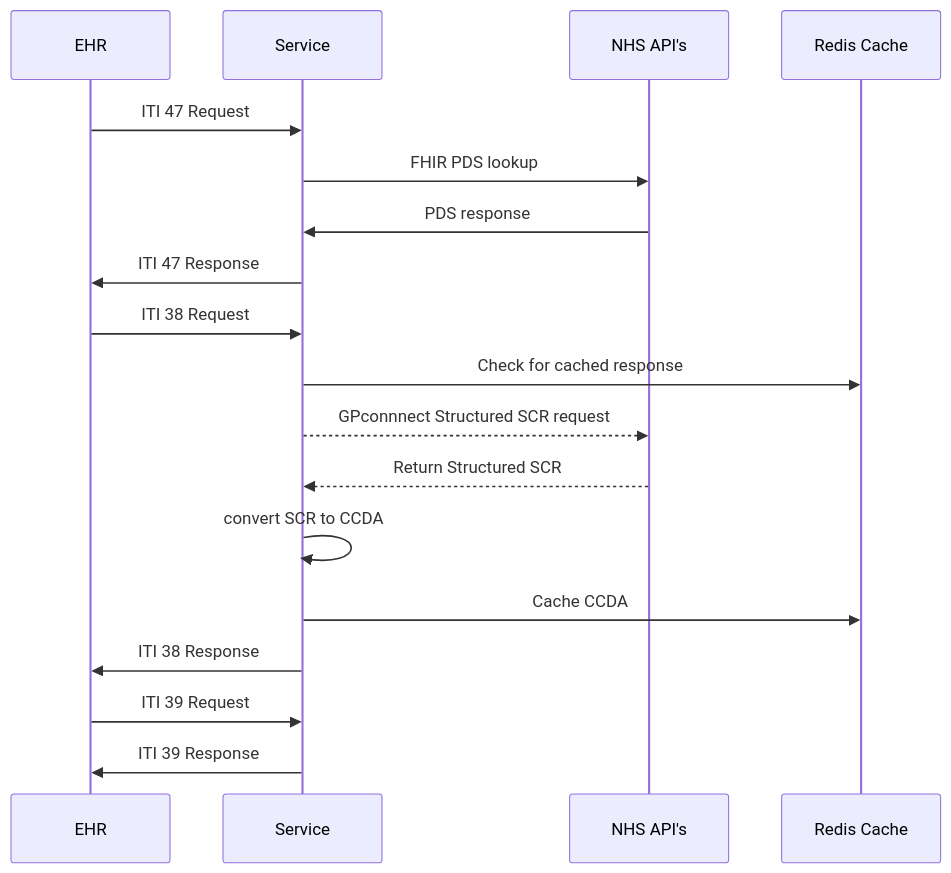
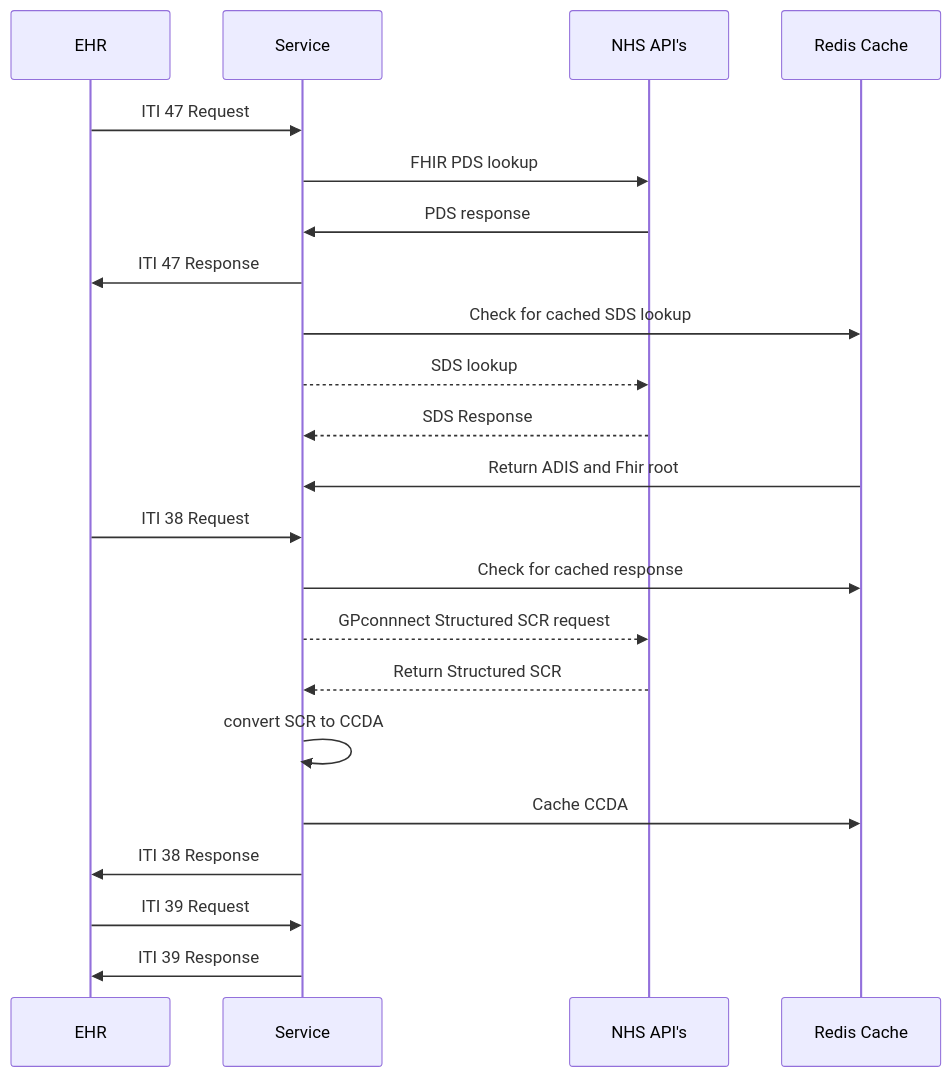
One commit to JMathiszig-Lee/GPconnect changed the first of 2 diagrams in README.md. Above: the diagram before and after it, drawn with Mermaid. The commit also changed other lines of this file and 1 other file, not shown here.

````diff
--- a/README.md
+++ b/README.md
@@ -14,20 +13,24 @@
 ```mermaid
   sequenceDiagram
   participant EHR
   participant Service
   participant NHS API's
   participant Redis Cache
   EHR->>Service: ITI 47 Request
   Service->>NHS API's: FHIR PDS lookup
   NHS API's->> Service: PDS response
   Service->>EHR: ITI 47 Response
+  Service ->> Redis Cache: Check for cached SDS lookup
+  Service -->> NHS API's: SDS lookup
+  NHS API's -->> Service: SDS Response
+  Redis Cache ->> Service: Return ADIS and Fhir root
   EHR->>Service: ITI 38 Request
   Service->>Redis Cache: Check for cached response
   Service-->>NHS API's:GPconnnect Structured SCR request
   NHS API's-->> Service: Return Structured SCR
   Service->>Service: convert SCR to CCDA
   Service->>Redis Cache: Cache CCDA
   Service->>EHR: ITI 38 Response
   EHR->>Service: ITI 39 Request
   Service->>EHR: ITI 39 Response
 ```
````
